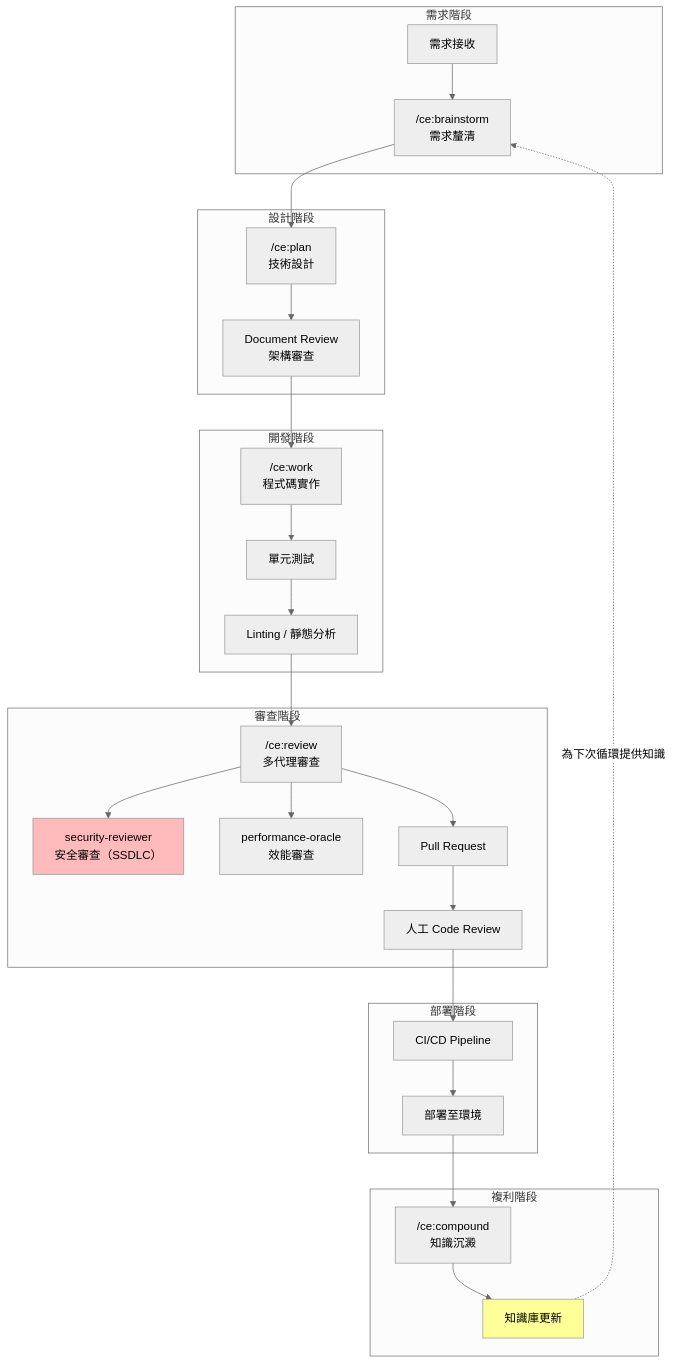
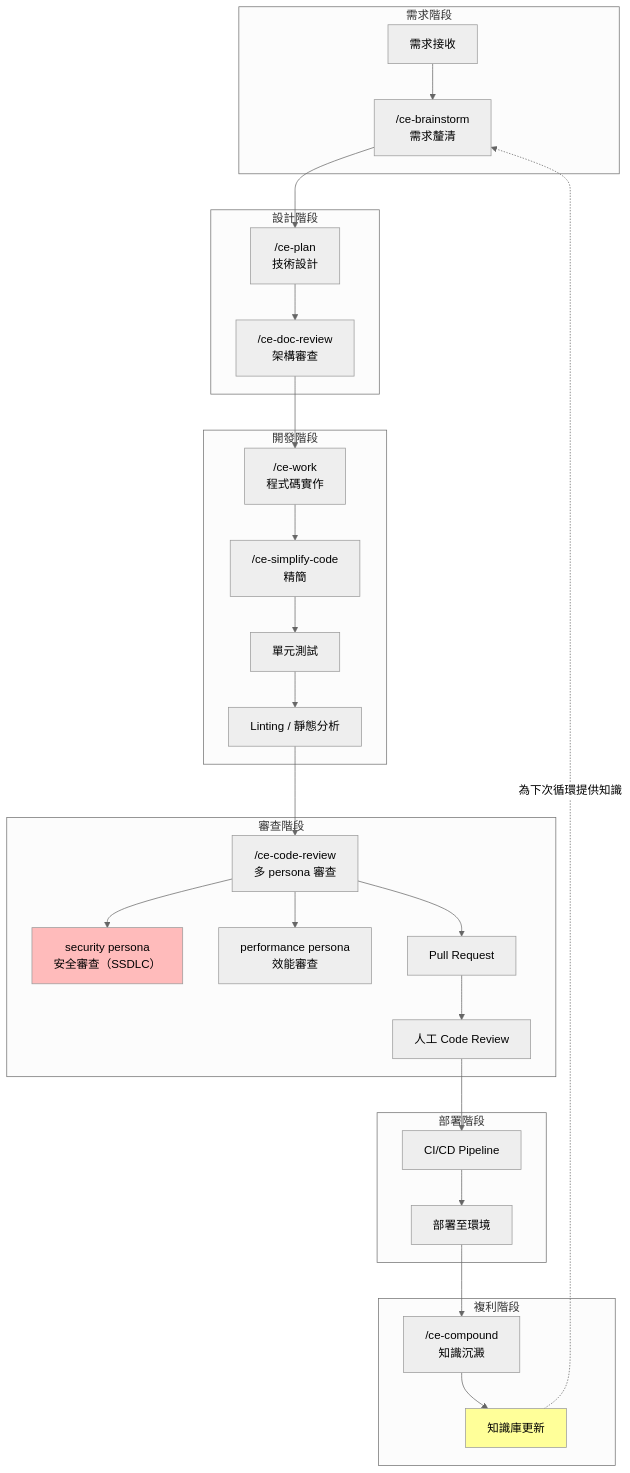
One commit to chihhung/Blog changed the eighth of 14 diagrams in content/posts/教學/AI開發/Compound Engineering 教學手冊.md. Above: the diagram before and after it, drawn with Mermaid (neutral theme). The commit also changed other lines of this file and 22 other files, not shown here.

````diff
--- a/content/posts/教學/AI開發/Compound Engineering 教學手冊.md
+++ b/content/posts/教學/AI開發/Compound Engineering 教學手冊.md
@@ -1094,39 +1225,40 @@
 ```mermaid
 graph TD
     subgraph "需求階段"
-        REQ[需求接收] --> BRAIN["/ce:brainstorm<br/>需求釐清"]
+        REQ[需求接收] --> BRAIN["/ce-brainstorm<br/>需求釐清"]
     end
 
     subgraph "設計階段"
-        BRAIN --> PLAN["/ce:plan<br/>技術設計"]
-        PLAN --> ARCH_REV["Document Review<br/>架構審查"]
+        BRAIN --> PLAN["/ce-plan<br/>技術設計"]
+        PLAN --> ARCH_REV["/ce-doc-review<br/>架構審查"]
     end
 
     subgraph "開發階段"
-        ARCH_REV --> WORK["/ce:work<br/>程式碼實作"]
-        WORK --> UT[單元測試]
+        ARCH_REV --> WORK["/ce-work<br/>程式碼實作"]
+        WORK --> SIMP["/ce-simplify-code<br/>精簡"]
+        SIMP --> UT[單元測試]
         UT --> LINT[Linting / 靜態分析]
     end
 
     subgraph "審查階段"
-        LINT --> REVIEW["/ce:review<br/>多代理審查"]
-        REVIEW --> SEC["security-reviewer<br/>安全審查（SSDLC）"]
-        REVIEW --> PERF["performance-oracle<br/>效能審查"]
+        LINT --> REVIEW["/ce-code-review<br/>多 persona 審查"]
+        REVIEW --> SEC["security persona<br/>安全審查（SSDLC）"]
+        REVIEW --> PERF["performance persona<br/>效能審查"]
         REVIEW --> PR[Pull Request]
         PR --> HUMAN[人工 Code Review]
     end
 
     subgraph "部署階段"
         HUMAN --> CICD[CI/CD Pipeline]
         CICD --> DEPLOY[部署至環境]
     end
 
     subgraph "複利階段"
-        DEPLOY --> COMPOUND["/ce:compound<br/>知識沉澱"]
+        DEPLOY --> COMPOUND["/ce-compound<br/>知識沉澱"]
         COMPOUND --> KB[知識庫更新]
         KB -.->|為下次循環提供知識| BRAIN
     end
 
     style SEC fill:#fbb
     style KB fill:#ff9
 ```
````
